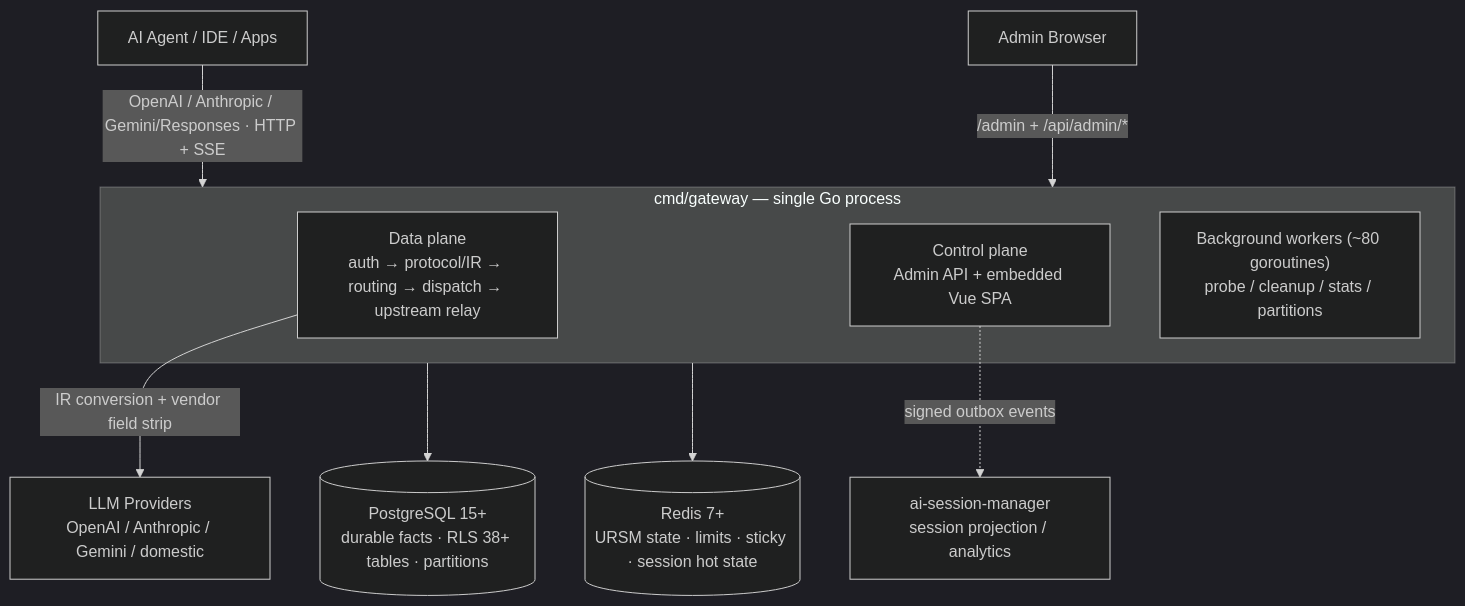
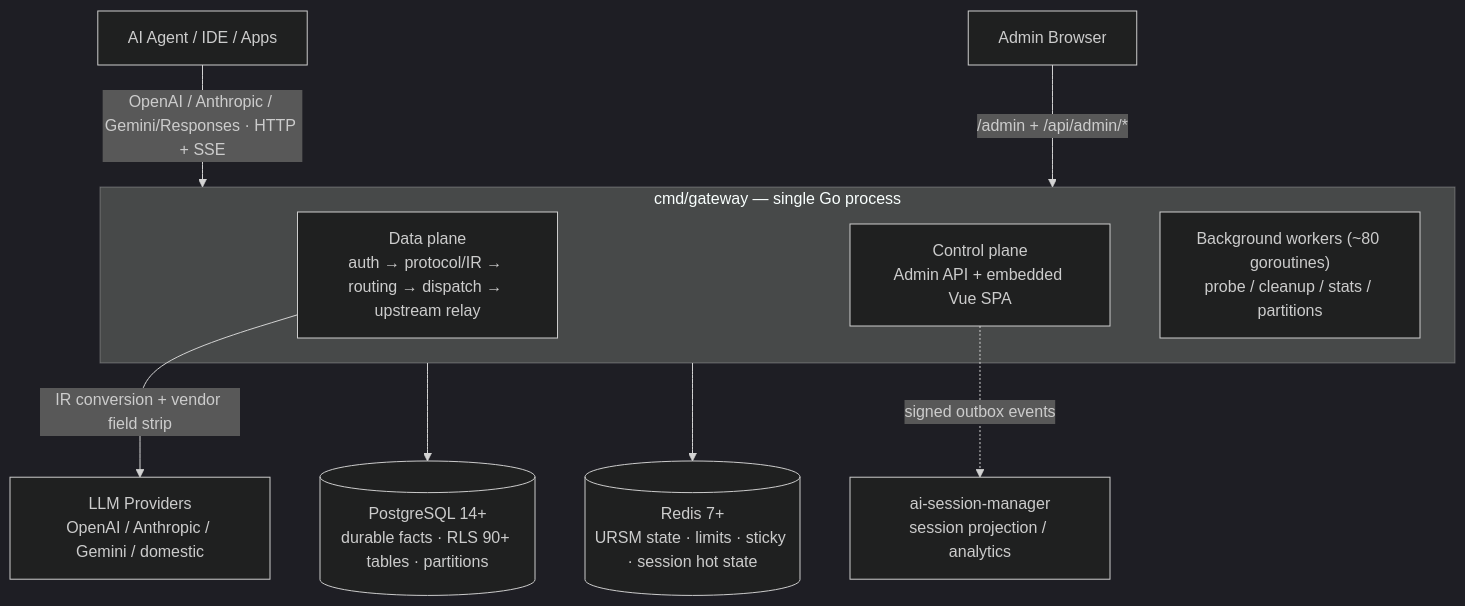
The diagram in README.ar.md (halfking/ai-native-gateway-core), drawn with Mermaid (dark theme) before and after one commit. The commit also changed other lines of this file and 3638 other files, not shown here.

````diff
--- a/README.ar.md
+++ b/README.ar.md
@@ -72,15 +72,15 @@
 ```mermaid
 graph TB
     AGENT["AI Agent / IDE / Apps"] -->|"OpenAI / Anthropic / Gemini/Responses · HTTP + SSE"| GW
     ADMIN["Admin Browser"] -->|"/admin + /api/admin/*"| GW
     subgraph GW["cmd/gateway — single Go process"]
         DP["Data plane<br/>auth → protocol/IR → routing → dispatch → upstream relay"]
         CP["Control plane<br/>Admin API + embedded Vue SPA"]
         BGW["Background workers (~80 goroutines)<br/>probe / cleanup / stats / partitions"]
     end
-    GW --> PG[("PostgreSQL 15+<br/>durable facts · RLS 38+ tables · partitions")]
+    GW --> PG[("PostgreSQL 14+<br/>durable facts · RLS 90+ tables · partitions")]
     GW --> RD[("Redis 7+<br/>URSM state · limits · sticky · session hot state")]
     DP -->|"IR conversion + vendor field strip"| P["LLM Providers<br/>OpenAI / Anthropic / Gemini / domestic"]
     CP -.->|"signed outbox events"| ASM["ai-session-manager<br/>session projection / analytics"]
 
 ```
````
